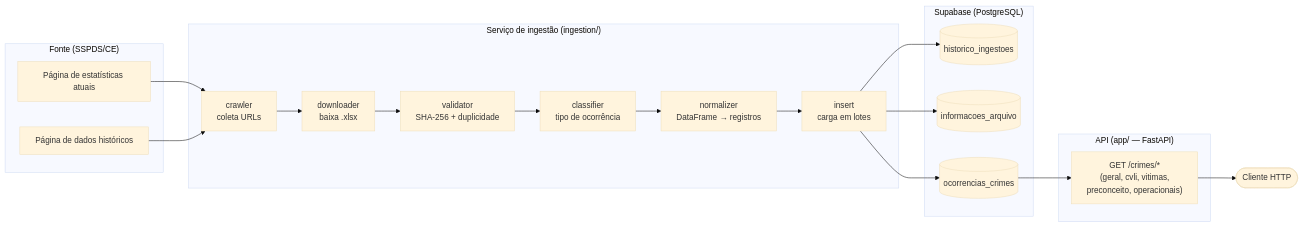
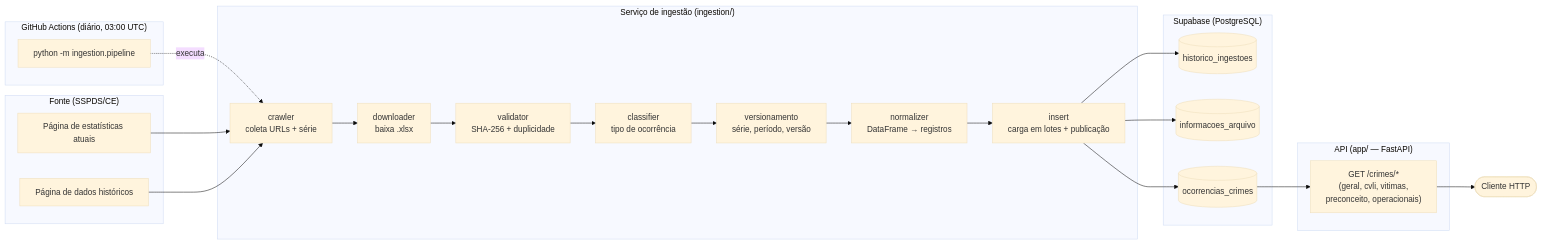
The diagram in README.md (lucaspbds/api_sspds), drawn with Mermaid (base theme) before and after one commit. The commit also changed other lines of this file and 1 other file, not shown here.

````diff
--- a/README.md
+++ b/README.md
@@ -39,33 +42,39 @@
 ```mermaid
 flowchart LR
     subgraph Fonte["Fonte (SSPDS/CE)"]
         P1["Página de estatísticas atuais"]
         P2["Página de dados históricos"]
     end
 
+    subgraph Agendador["GitHub Actions (diário, 03:00 UTC)"]
+        G["python -m ingestion.pipeline"]
+    end
+
     subgraph Ingestao["Serviço de ingestão (ingestion/)"]
-        C["crawler<br/>coleta URLs"] --> D["downloader<br/>baixa .xlsx"]
+        C["crawler<br/>coleta URLs + série"] --> D["downloader<br/>baixa .xlsx"]
         D --> V["validator<br/>SHA-256 + duplicidade"]
         V --> K["classifier<br/>tipo de ocorrência"]
-        K --> N["normalizer<br/>DataFrame → registros"]
-        N --> I["insert<br/>carga em lotes"]
+        K --> W["versionamento<br/>série, período, versão"]
+        W --> N["normalizer<br/>DataFrame → registros"]
+        N --> I["insert<br/>carga em lotes + publicação"]
     end
 
     subgraph Banco["Supabase (PostgreSQL)"]
         T1[("historico_ingestoes")]
         T2[("informacoes_arquivo")]
         T3[("ocorrencias_crimes")]
     end
 
     subgraph API["API (app/ — FastAPI)"]
         R["GET /crimes/*<br/>(geral, cvli, vitimas,<br/>preconceito, operacionais)"]
     end
 
+    G -.executa.-> C
     P1 --> C
     P2 --> C
     I --> T1
     I --> T2
     I --> T3
     T3 --> R
     R --> U(["Cliente HTTP"])
 ```
````
